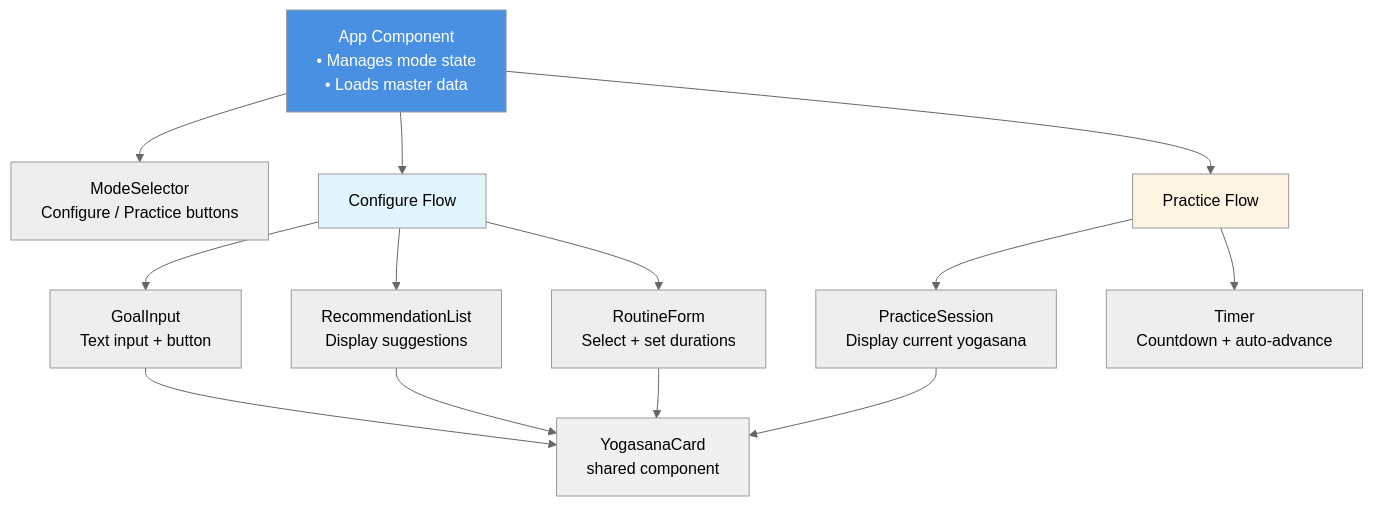
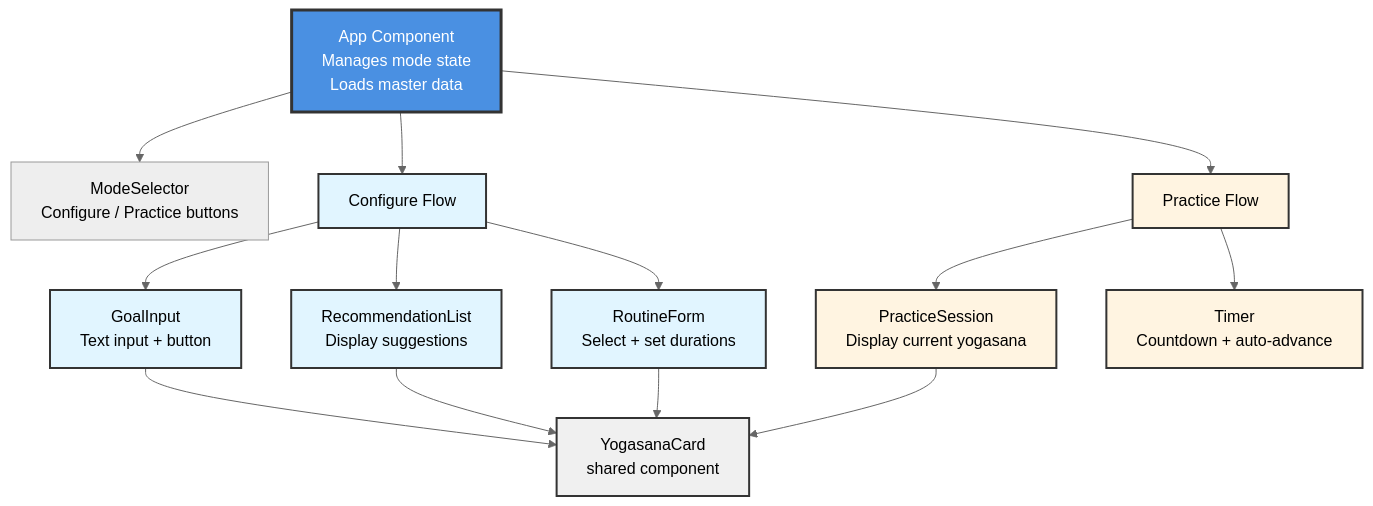
The second of 8 diagrams in projects/wellness_guide/architecture.md (Roopesht/codeexamples), drawn with Mermaid (neutral theme) before and after one commit. The commit also changed other lines of this file, not shown here.

````diff
--- a/projects/wellness_guide/architecture.md
+++ b/projects/wellness_guide/architecture.md
@@ -35,26 +38,31 @@
 ```mermaid
 graph TD
-    App[App Component<br/>• Manages mode state<br/>• Loads master data]
+    App["App Component<br/>Manages mode state<br/>Loads master data"]
     
-    App --> ModeSelector[ModeSelector<br/>Configure / Practice buttons]
+    App --> ModeSelector["ModeSelector<br/>Configure / Practice buttons"]
     
-    App --> ConfigFlow[Configure Flow]
-    App --> PracticeFlow[Practice Flow]
+    App --> ConfigFlow["Configure Flow"]
+    App --> PracticeFlow["Practice Flow"]
     
-    ConfigFlow --> GoalInput[GoalInput<br/>Text input + button]
-    ConfigFlow --> RecList[RecommendationList<br/>Display suggestions]
-    ConfigFlow --> RoutineForm[RoutineForm<br/>Select + set durations]
+    ConfigFlow --> GoalInput["GoalInput<br/>Text input + button"]
+    ConfigFlow --> RecList["RecommendationList<br/>Display suggestions"]
+    ConfigFlow --> RoutineForm["RoutineForm<br/>Select + set durations"]
     
-    PracticeFlow --> PracticeSession[PracticeSession<br/>Display current yogasana]
-    PracticeFlow --> Timer[Timer<br/>Countdown + auto-advance]
+    PracticeFlow --> PracticeSession["PracticeSession<br/>Display current yogasana"]
+    PracticeFlow --> Timer["Timer<br/>Countdown + auto-advance"]
     
-    GoalInput --> YogaCard[YogasanaCard<br/>shared component]
+    GoalInput --> YogaCard["YogasanaCard<br/>shared component"]
     RecList --> YogaCard
     RoutineForm --> YogaCard
     PracticeSession --> YogaCard
     
-    style App fill:#4a90e2,color:#fff
-    style ConfigFlow fill:#e1f5ff
-    style PracticeFlow fill:#fff4e1
-    style YogaCard fill:#f0f0f0
+    classDef appStyle fill:#4a90e2,color:#fff,stroke:#333,stroke-width:3px
+    classDef configStyle fill:#e1f5ff,stroke:#333,stroke-width:2px
+    classDef practiceStyle fill:#fff4e1,stroke:#333,stroke-width:2px
+    classDef sharedStyle fill:#f0f0f0,stroke:#333,stroke-width:2px
+    
+    class App appStyle
+    class ConfigFlow,GoalInput,RecList,RoutineForm configStyle
+    class PracticeFlow,PracticeSession,Timer practiceStyle
+    class YogaCard sharedStyle
 ```
````
